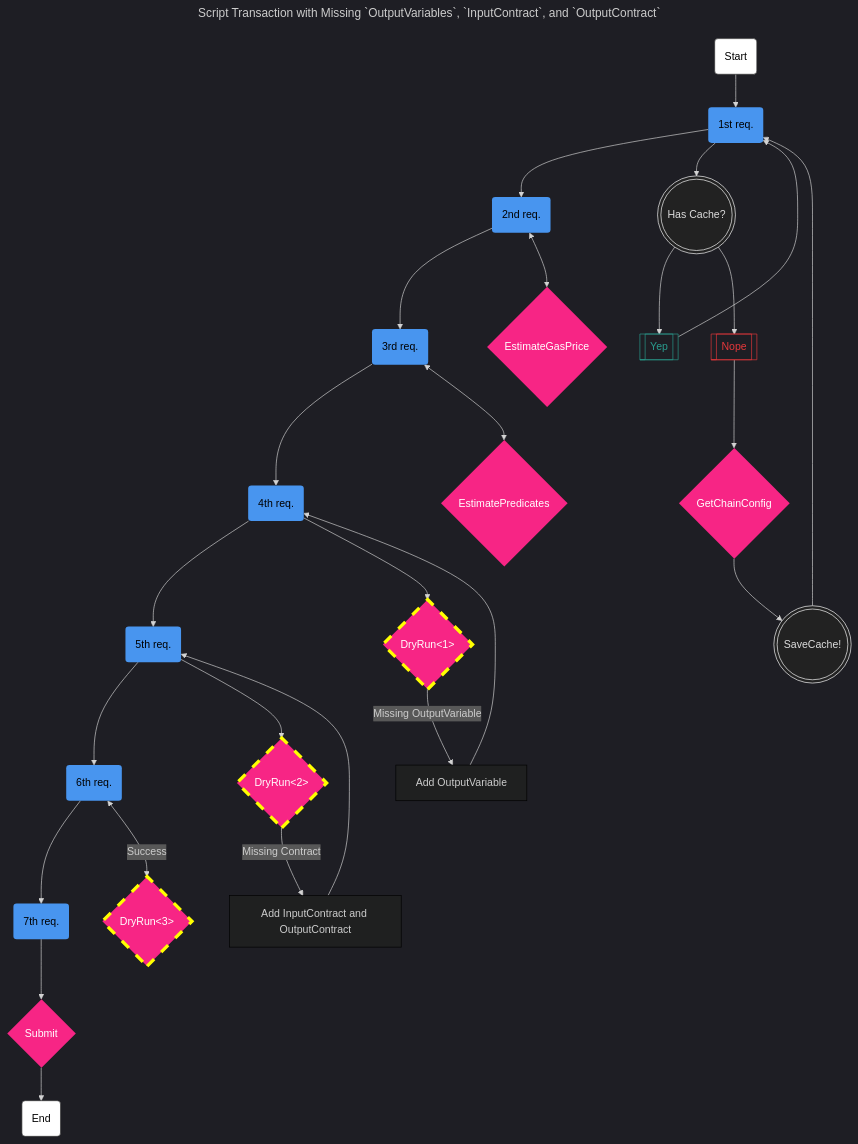
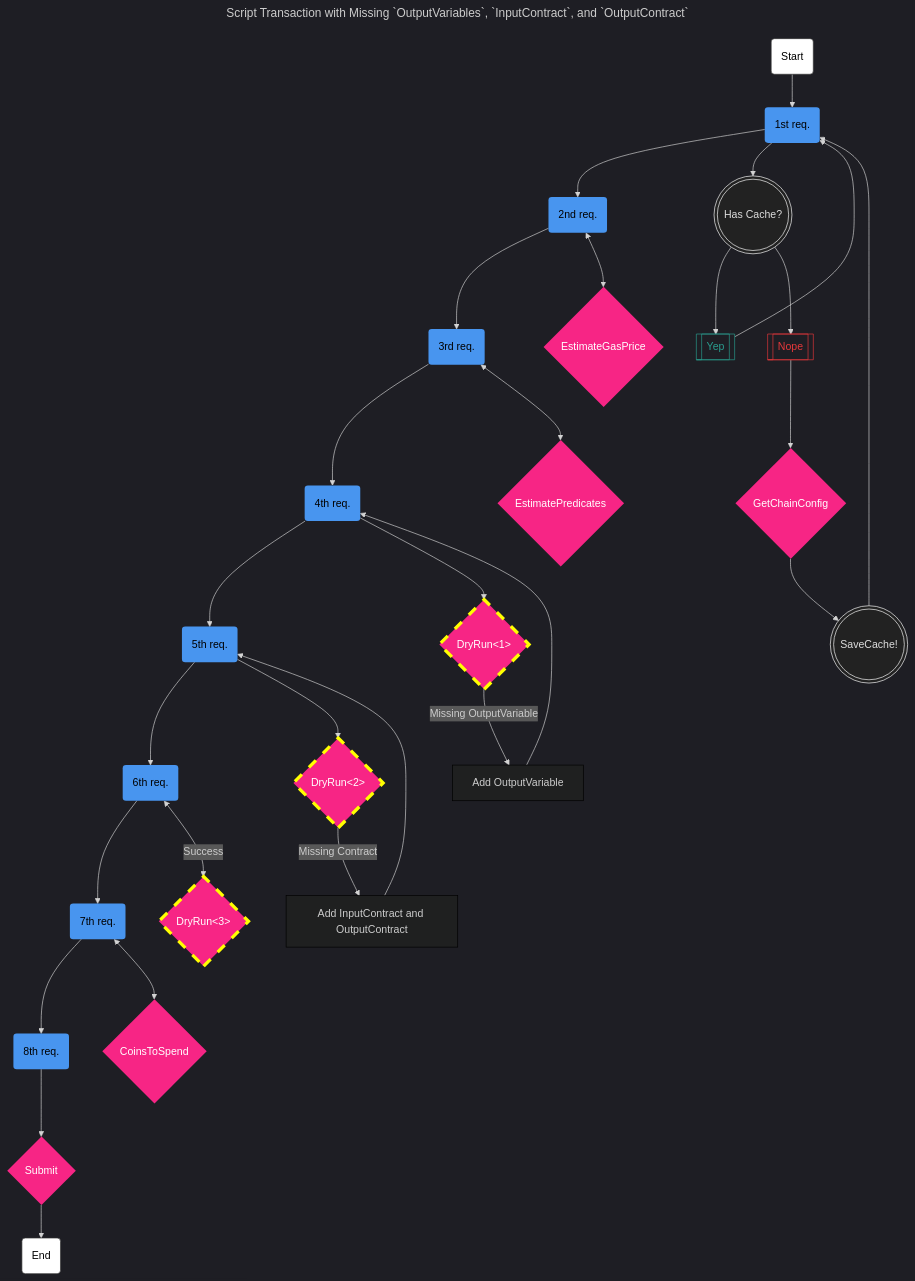
One commit to Torres-ssf/tx-perf changed the third of 4 diagrams in README.md. Above: the diagram before and after it, drawn with Mermaid. The commit also changed other lines of this file, not shown here.

Commit message:
document missing request CoinsToSpend

```diff
--- a/README.md
+++ b/README.md
@@ -256,6 +263,7 @@
   Forth --> Fifth(5th req.)
   Fifth --> Sixth(6th req.)
   Sixth --> Seventh(7th req.)
+  Seventh --> Eighth(8th req.)
 
   First --> HasConsensus(((Has Cache?)))
   HasConsensus --> Yep[[Yep]]
@@ -275,7 +283,8 @@
   DryRun2 --> |Missing Contract| AddContract[Add InputContract and OutputContract]
   AddContract --> Fifth
   Sixth <--> |Success| DryRun3{DryRun<3>}
-  Seventh --> Submit{Submit}
+  Seventh <--> CoinsToSpend{CoinsToSpend}
+  Eighth --> Submit{Submit}
   Submit --> End(End)
 
 
@@ -294,6 +303,7 @@
 class DryRun1 GqlRequest;
 class DryRun2 GqlRequest;
 class DryRun3 GqlRequest;
+class CoinsToSpend GqlRequest;
 class Submit GqlRequest;
 class EstimatePredicates GqlRequest;
 
@@ -307,6 +317,7 @@
 class Fifth Steps
 class Sixth Steps
 class Seventh Steps
+class Eighth Steps
 
 style Yep stroke:#2a9d8f, color:#2a9d8f, fill:none;
 style Nope stroke:#e5383b, color:#e5383b, fill:none;
```
